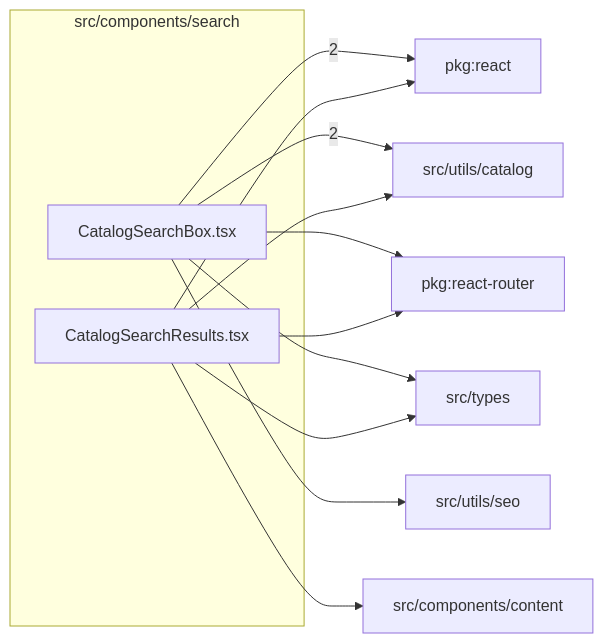
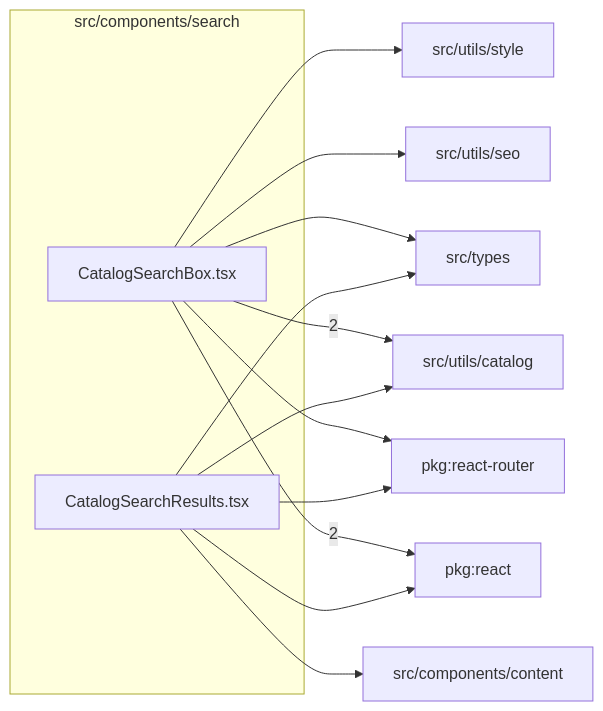
One commit to ronbuening/LensVisualizer changed the diagram in src/components/search/readme.md. Above: the diagram before and after it, drawn with Mermaid. The commit also changed other lines of this file and 5 other files, not shown here.

````diff
--- a/src/components/search/readme.md
+++ b/src/components/search/readme.md
@@ -9,23 +9,25 @@
 ```mermaid
 flowchart LR
   subgraph n_src_components_search["src/components/search"]
     n_src_components_search_src_components_search_CatalogSearchBox_tsx["CatalogSearchBox.tsx"]
     n_src_components_search_src_components_search_CatalogSearchResults_tsx["CatalogSearchResults.tsx"]
   end
   n_external_pkg_react["pkg:react"]
   n_external_src_utils_catalog["src/utils/catalog"]
   n_external_pkg_react_router["pkg:react-router"]
   n_external_src_components_content["src/components/content"]
   n_external_src_types["src/types"]
   n_external_src_utils_seo["src/utils/seo"]
+  n_external_src_utils_style["src/utils/style"]
   n_src_components_search_src_components_search_CatalogSearchBox_tsx --> |2| n_external_pkg_react
   n_src_components_search_src_components_search_CatalogSearchBox_tsx --> |2| n_external_src_utils_catalog
   n_src_components_search_src_components_search_CatalogSearchResults_tsx --> n_external_pkg_react
   n_src_components_search_src_components_search_CatalogSearchBox_tsx --> n_external_pkg_react_router
   n_src_components_search_src_components_search_CatalogSearchResults_tsx --> n_external_pkg_react_router
   n_src_components_search_src_components_search_CatalogSearchResults_tsx --> n_external_src_components_content
   n_src_components_search_src_components_search_CatalogSearchBox_tsx --> n_external_src_types
   n_src_components_search_src_components_search_CatalogSearchResults_tsx --> n_external_src_types
   n_src_components_search_src_components_search_CatalogSearchResults_tsx --> n_external_src_utils_catalog
   n_src_components_search_src_components_search_CatalogSearchBox_tsx --> n_external_src_utils_seo
+  n_src_components_search_src_components_search_CatalogSearchBox_tsx --> n_external_src_utils_style
 ```
````
